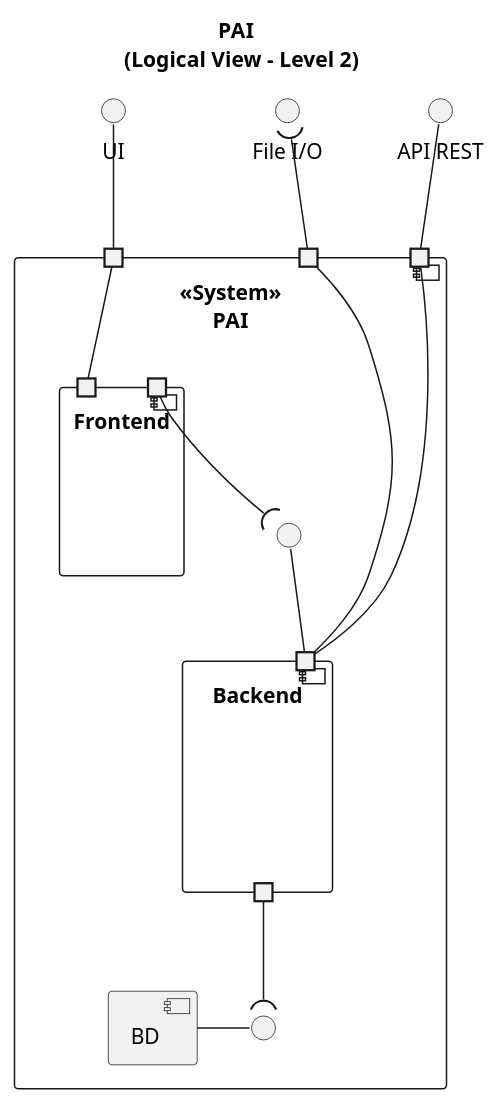
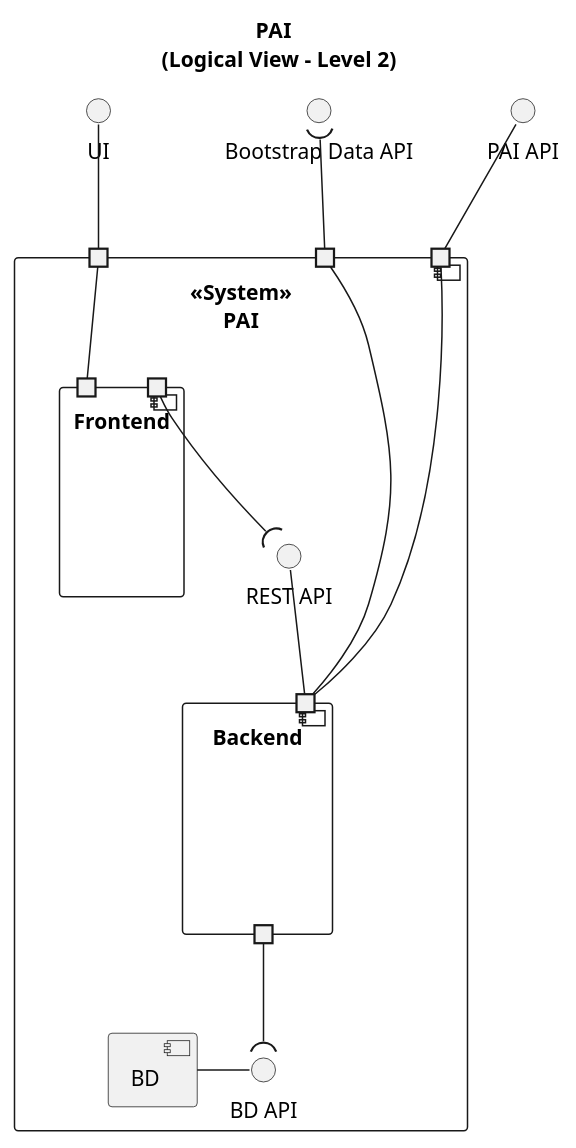
Before and after one commit to GasparISEP/DevOps-PAI: the diagram in docs/Sprint_6/LogicalView/Level2.puml, drawn with PlantUML. The commit also changed 1 other file, not shown here.

Commit message:
doc(diagrams): update Level 2 Logic View and update Level 2 Implementation View diagrams (#675, #678)

```diff
--- a/docs/Sprint_6/LogicalView/Level2.puml
+++ b/docs/Sprint_6/LogicalView/Level2.puml
@@ -1,41 +1,41 @@
 @startuml
 
 title "PAI \n (Logical View - Level 2)"
 
 interface UI
-interface "API REST"
-interface "File I/O" as FileIO
+interface "PAI API"
+interface "Bootstrap Data API" as FileIO
 
 component "<<System>>\nPAI" {
   portin " " as p1
   portin " " as p2
   portin " " as p3
   component Backend
   component Frontend
   component BD
-  interface " " as I1
-  interface " " as I2
+  interface "BD API" as I1
+  interface "REST API" as I2
 }
 
 component Frontend {
 portin " " as p4
 portin " " as p5
 }
 
 component Backend {
 portin " " as p6
 portout " " as p7
 }
 
 I1 -left- BD
 I2 -down- p6
 
 p1 -up- UI
-p2 -up- "API REST"
+p2 -up- "PAI API"
 p3 -up-( FileIO
 p6 -up- p3
 p2 -down-p6
 p1 -down-p4
 p7 -down-(I1
 p5 -down-(I2
 @enduml
```
